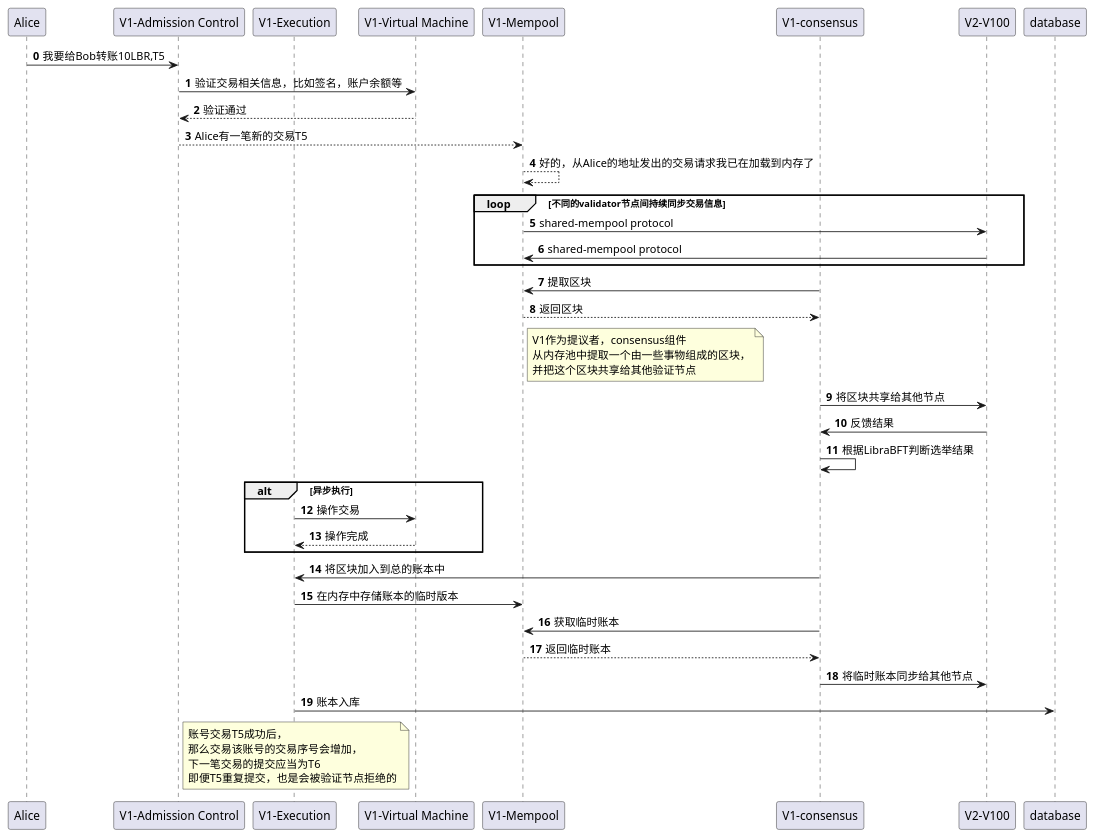
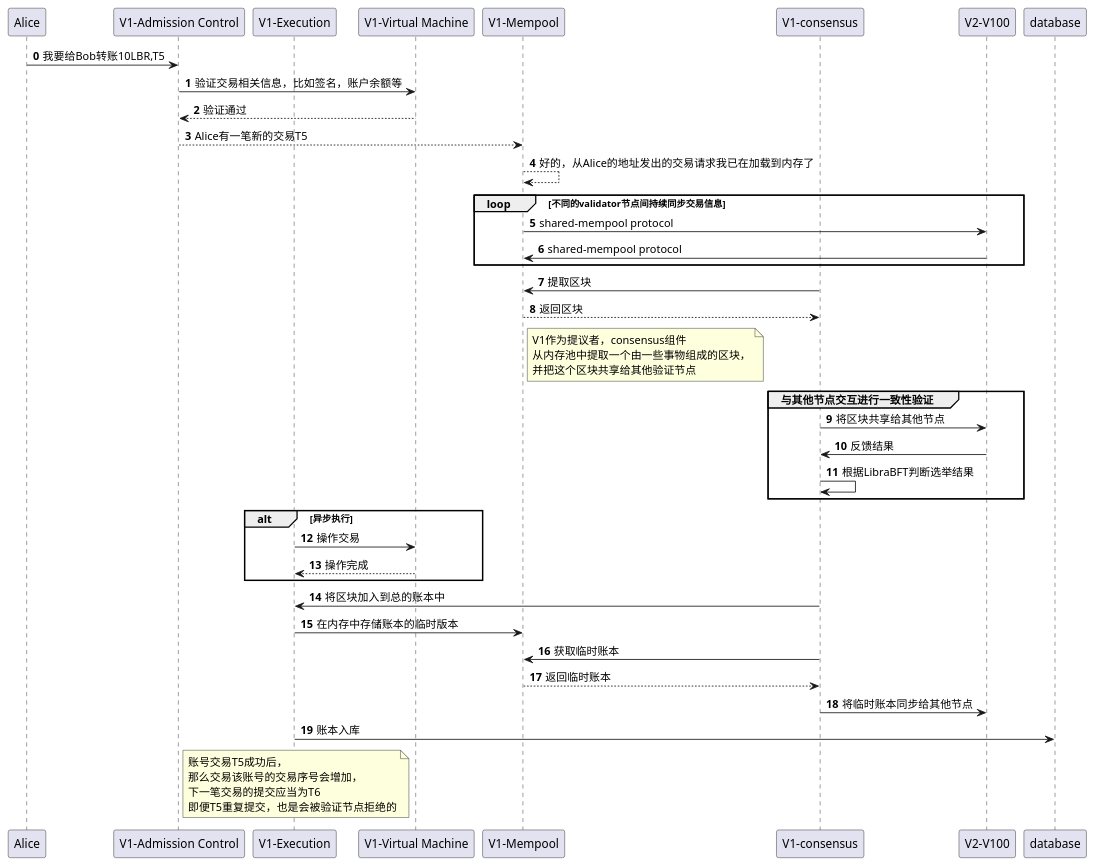
The diagram in writing/finance/libra_research.md (chengcx1019/universe), drawn with PlantUML before and after one commit. The commit also changed 1 other file, not shown here.

Commit message:
fix: 修复文中的一些字符表达错误

````diff
--- a/writing/finance/libra_research.md
+++ b/writing/finance/libra_research.md
@@ -66,50 +66,54 @@
 ```uml
 @startuml
 autonumber 000
 participant alice as "Alice"
 participant ac as "V1-Admission Control"
 participant exe as "V1-Execution"
 participant vm as "V1-Virtual Machine" 
 participant mem as "V1-Mempool" 
 participant con as "V1-consensus" 
 participant v as "V2-V100"
 
 alice->ac: 我要给Bob转账10LBR,T5
 ac->vm: 验证交易相关信息，比如签名，账户余额等
 vm-->ac: 验证通过
 ac-->mem: Alice有一笔新的交易T5
 mem-->mem: 好的，从Alice的地址发出的交易请求我已在加载到内存了
 loop 不同的validator节点间持续同步交易信息
 mem-> v: shared-mempool protocol
 v->mem:shared-mempool protocol
 end
 con->mem: 提取区块
 mem-->con: 返回区块
 note right of mem
 V1作为提议者，consensus组件
 从内存池中提取一个由一些事物组成的区块，
 并把这个区块共享给其他验证节点
 end note
+
+group 与其他节点交互进行一致性验证
 con->v: 将区块共享给其他节点
 v->con:反馈结果
 con->con: 根据LibraBFT判断选举结果
+end
+
 alt 异步执行
 exe->vm: 操作交易
 vm-->exe:操作完成
 end
 con->exe: 将区块加入到总的账本中
 exe->mem: 在内存中存储账本的临时版本
 con->mem: 获取临时账本
 mem-->con: 返回临时账本
 con->v:将临时账本同步给其他节点
 
 exe-> database: 账本入库
 
 note right of ac
 账号交易T5成功后，
 那么交易该账号的交易序号会增加，
 下一笔交易的提交应当为T6
 即便T5重复提交，也是会被验证节点拒绝的
 end note
 @enduml
 ```
````
